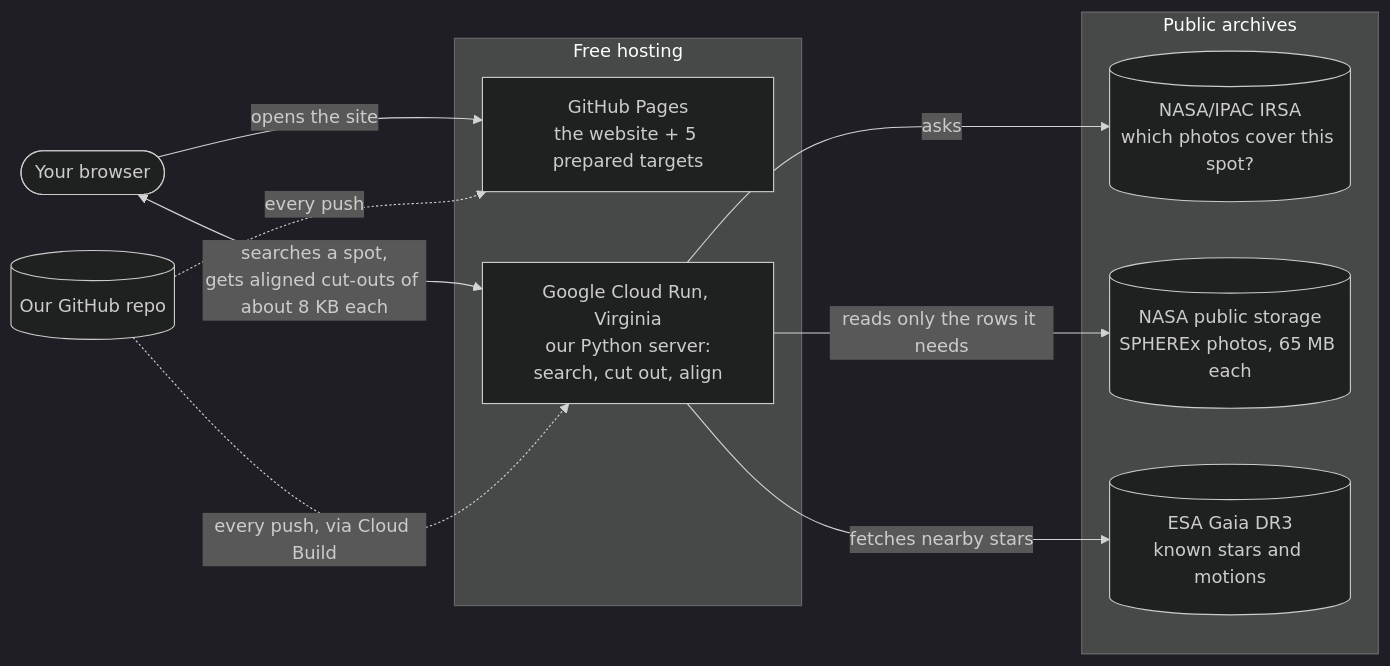
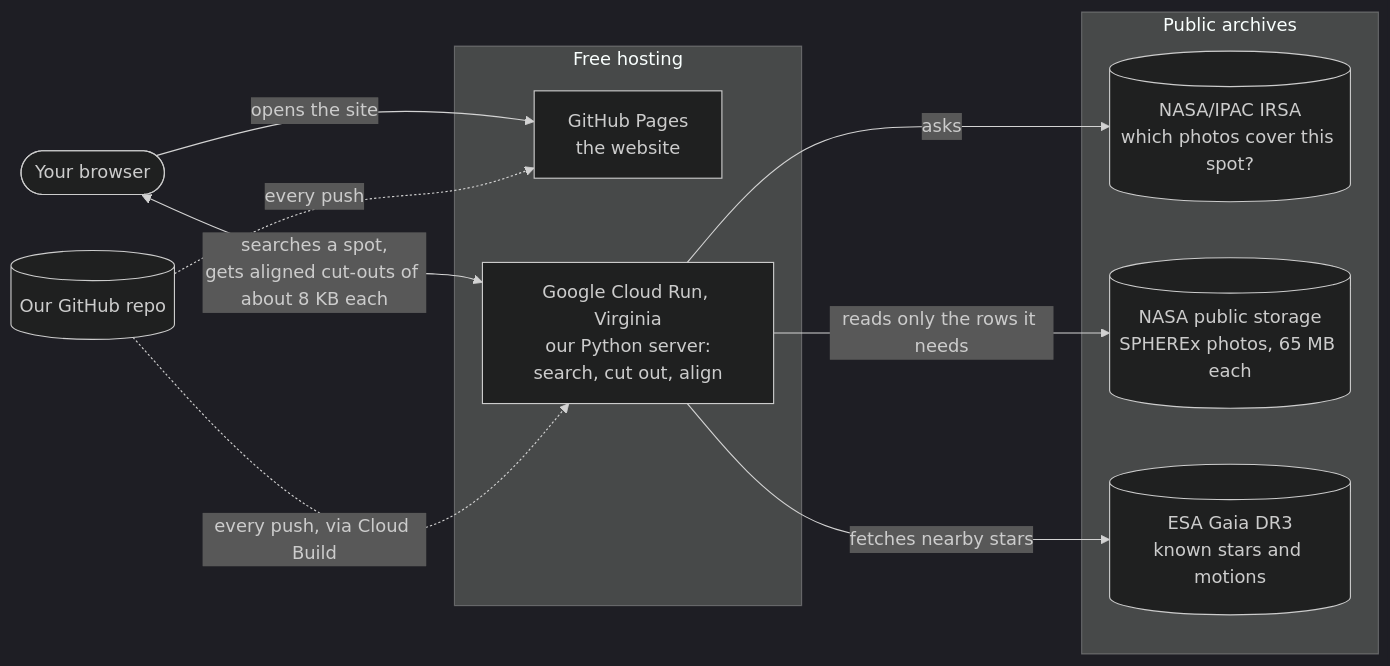
One commit to FlashyFlash3011/SphereX changed the diagram in README.md. Above: the diagram before and after it, drawn with Mermaid (dark theme). The commit also changed other lines of this file and 3 other files, not shown here.

Commit message:
README: colour sky screenshots, results with the default flipbook settings; diagram without prepared targets

````diff
--- a/README.md
+++ b/README.md
@@ -31,24 +31,24 @@
 ```mermaid
 flowchart LR
   user([Your browser])
   repo[(Our GitHub repo)]
 
   subgraph web [Free hosting]
-    pages[GitHub Pages<br/>the website + 5 prepared targets]
+    pages[GitHub Pages<br/>the website]
     run[Google Cloud Run, Virginia<br/>our Python server:<br/>search, cut out, align]
   end
 
   subgraph data [Public archives]
     sia[(NASA/IPAC IRSA<br/>which photos cover this spot?)]
     s3[(NASA public storage<br/>SPHEREx photos, 65 MB each)]
     gaia[(ESA Gaia DR3<br/>known stars and motions)]
   end
 
   user -- opens the site --> pages
   user <-- searches a spot,<br/>gets aligned cut-outs of about 8 KB each --> run
   run -- asks --> sia
   run -- reads only the rows it needs --> s3
   run -- fetches nearby stars --> gaia
   repo -. every push .-> pages
   repo -. every push, via Cloud Build .-> run
 ```
````
